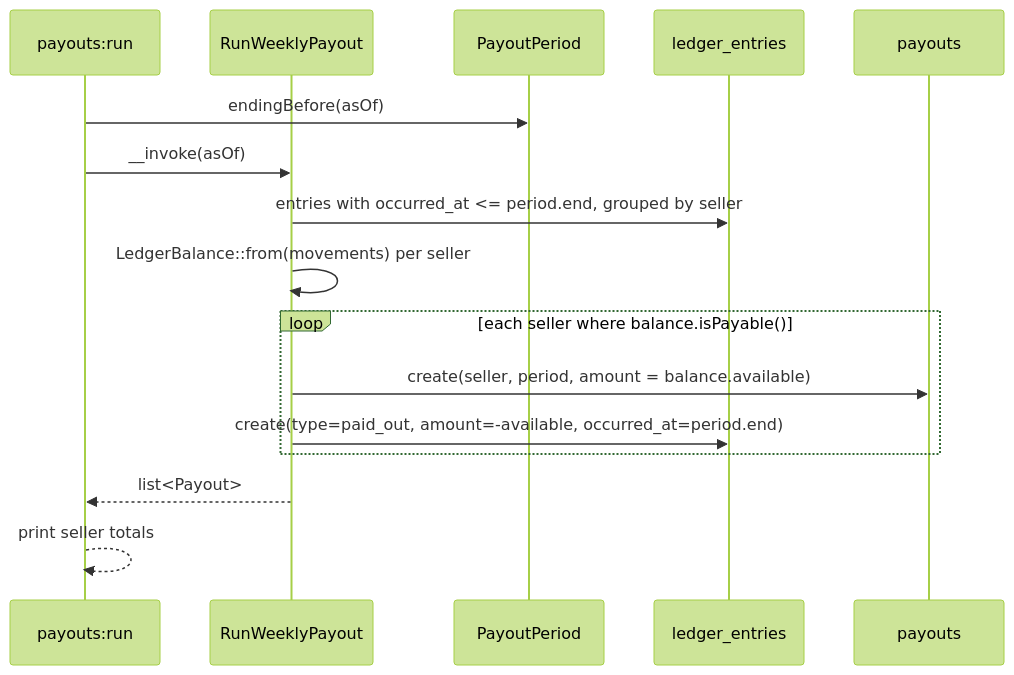
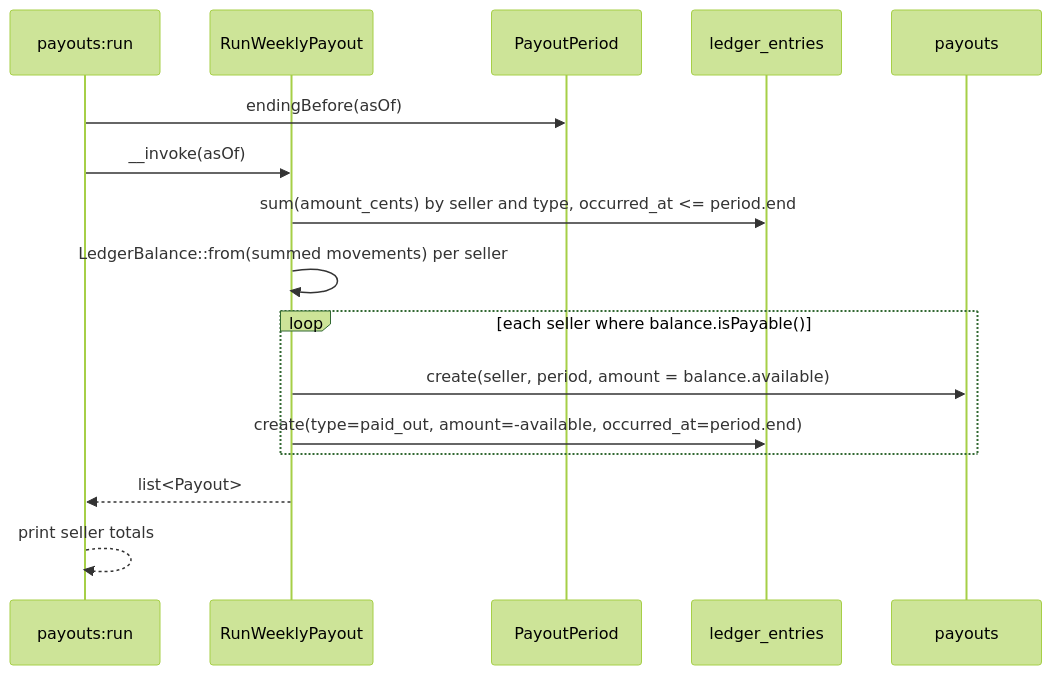
One commit to jonathan-beebe/art-store changed the second of 2 diagrams in prototype/php/docs/escrow.md. Above: the diagram before and after it, drawn with Mermaid (forest theme). The commit also changed other lines of this file and 407 other files, not shown here.

````diff
--- a/prototype/php/docs/escrow.md
+++ b/prototype/php/docs/escrow.md
@@ -35,19 +37,19 @@
 ```mermaid
 sequenceDiagram
     participant CLI as payouts:run
     participant Run as RunWeeklyPayout
     participant Period as PayoutPeriod
     participant Ledger as ledger_entries
     participant Payouts as payouts
 
     CLI->>Period: endingBefore(asOf)
     CLI->>Run: __invoke(asOf)
-    Run->>Ledger: entries with occurred_at <= period.end, grouped by seller
-    Run->>Run: LedgerBalance::from(movements) per seller
+    Run->>Ledger: sum(amount_cents) by seller and type, occurred_at <= period.end
+    Run->>Run: LedgerBalance::from(summed movements) per seller
     loop each seller where balance.isPayable()
         Run->>Payouts: create(seller, period, amount = balance.available)
         Run->>Ledger: create(type=paid_out, amount=-available, occurred_at=period.end)
     end
     Run-->>CLI: list<Payout>
     CLI-->>CLI: print seller totals
 ```
````
